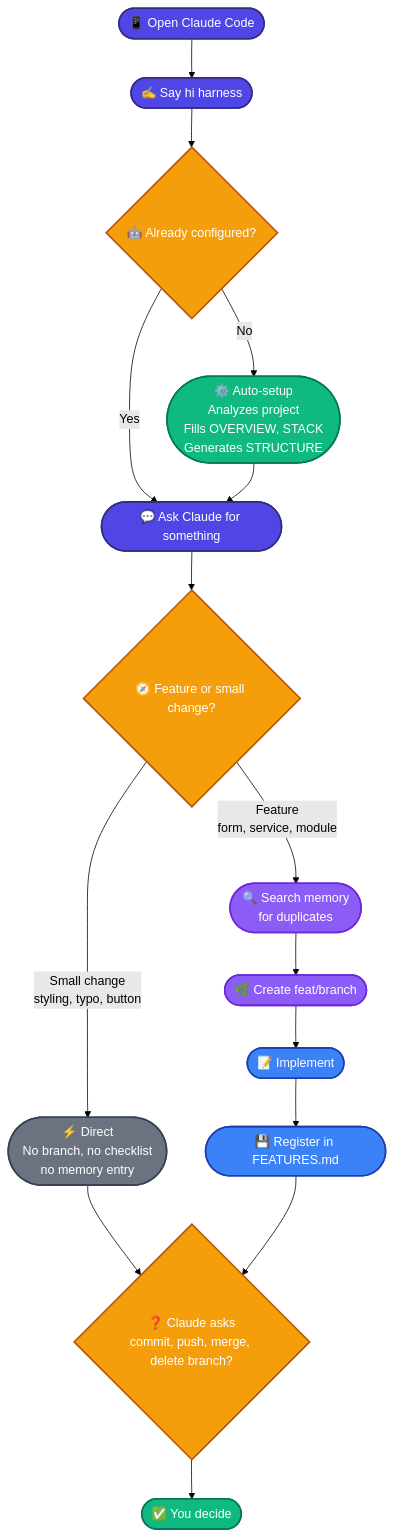
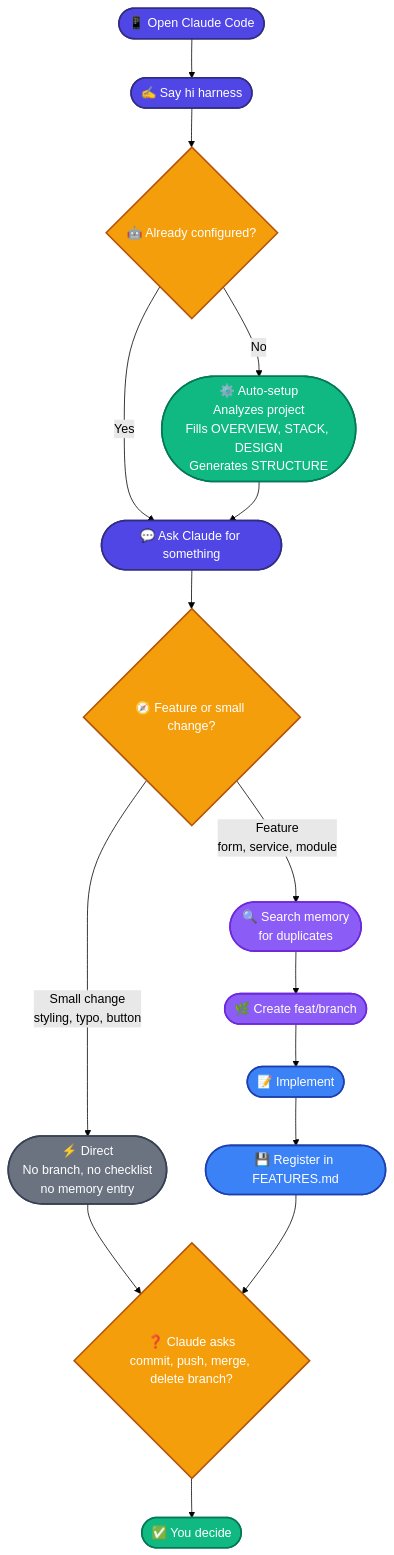
The diagram in README.md (Mathiew82/minimal-claudeness), drawn with Mermaid (forest theme) before and after one commit. The commit also changed other lines of this file, not shown here.

````diff
--- a/README.md
+++ b/README.md
@@ -395,39 +397,39 @@
 ```mermaid
 flowchart TD
     A([📱 Open Claude Code]) --> B([✍️ Say hi harness])
     B --> C{🤖 Already configured?}
     
-    C -- No --> D([⚙️ Auto-setup<br/>Analyzes project<br/>Fills OVERVIEW, STACK<br/>Generates STRUCTURE])
+    C -- No --> D([⚙️ Auto-setup<br/>Analyzes project<br/>Fills OVERVIEW, STACK, DESIGN<br/>Generates STRUCTURE])
     C -- Yes --> E([💬 Ask Claude for something])
     D --> E
     
     E --> F{🧭 Feature or small change?}
     
     F -- Small change<br/>styling, typo, button --> G([⚡ Direct<br/>No branch, no checklist<br/>no memory entry])
     
     F -- Feature<br/>form, service, module --> H([🔍 Search memory<br/>for duplicates])
     H --> I([🌿 Create feat/branch])
     I --> J([📝 Implement])
     J --> K([💾 Register in FEATURES.md])
     
     G --> L{❓ Claude asks<br/>commit, push, merge, delete branch?}
     K --> L
     
     L --> M([✅ You decide])
 
     classDef user fill:#4F46E5,stroke:#312E81,color:#fff,stroke-width:2px
     classDef decision fill:#F59E0B,stroke:#B45309,color:#fff,stroke-width:2px
     classDef system fill:#10B981,stroke:#047857,color:#fff,stroke-width:2px
     classDef quick fill:#6B7280,stroke:#374151,color:#fff,stroke-width:2px
     classDef memory fill:#8B5CF6,stroke:#6D28D9,color:#fff,stroke-width:2px
     classDef action fill:#3B82F6,stroke:#1E40AF,color:#fff,stroke-width:2px
     classDef success fill:#10B981,stroke:#047857,color:#fff,stroke-width:2px
 
     class A,B,E user
     class C,F,L decision
     class D system
     class G quick
     class H,I memory
     class J,K action
     class M success
 ```
````
